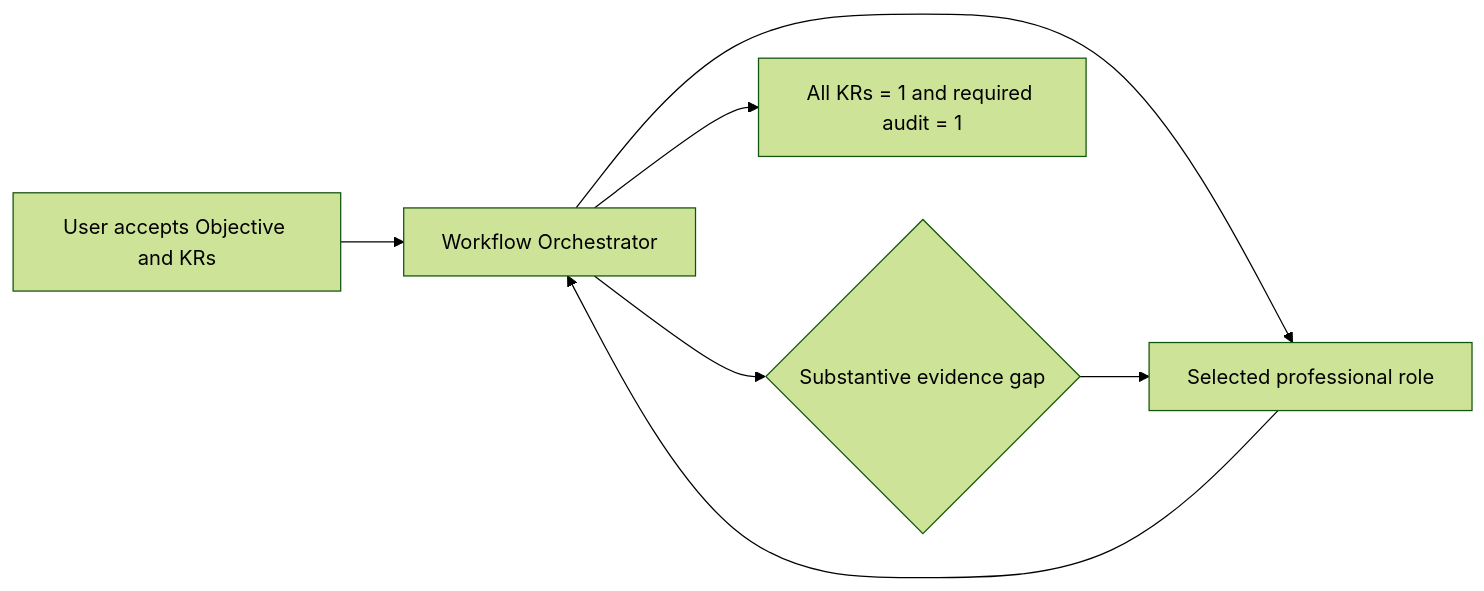
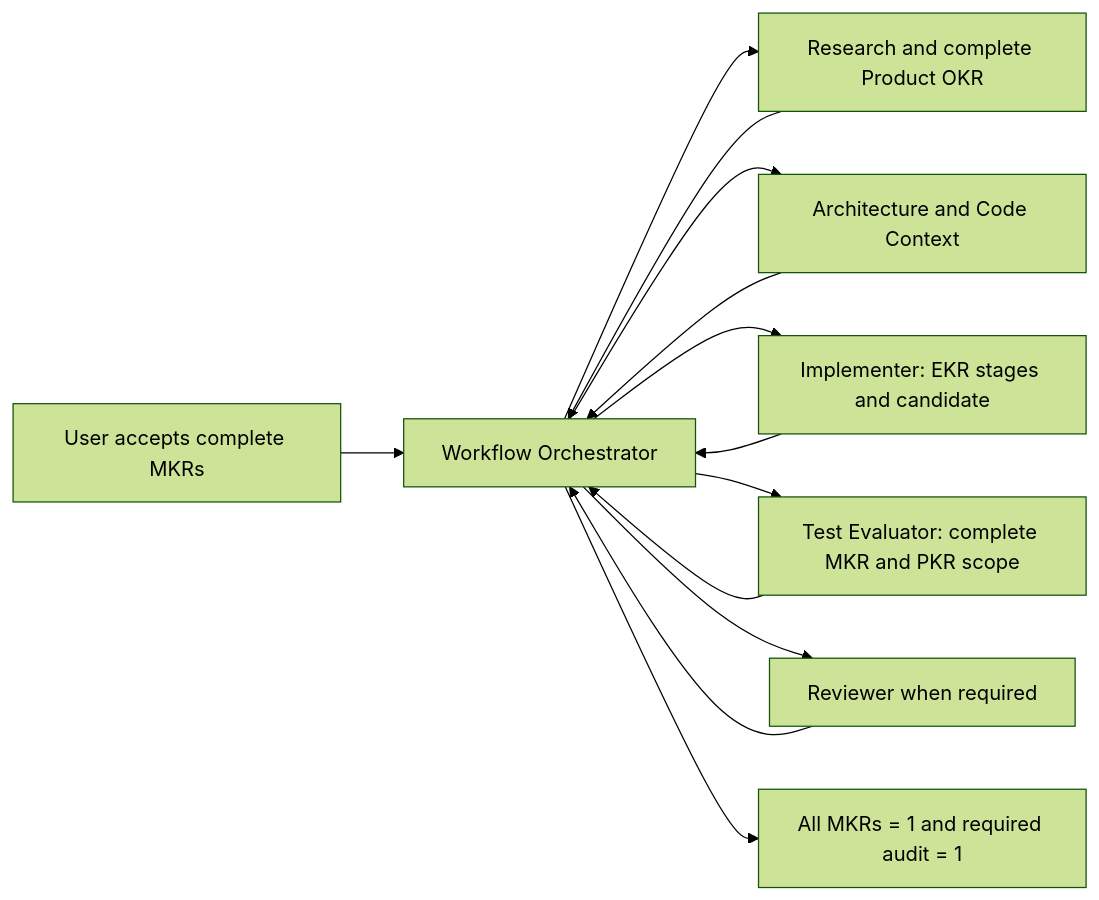
The diagram in docs/workflow/README.md (Deepleaper/Code-role), drawn with Mermaid (forest theme) before and after one commit. The commit also changed other lines of this file and 100 other files, not shown here.

Commit message:
Enforce global OKR delivery stages

````diff
--- a/docs/workflow/README.md
+++ b/docs/workflow/README.md
@@ -41,9 +41,15 @@
 ```mermaid
 flowchart LR
-    U["User accepts Objective and KRs"] --> PM["Workflow Orchestrator"]
-    PM --> R["Selected professional role"]
-    R --> PM
-    PM --> D{"Substantive evidence gap"}
-    D --> R
-    PM --> X["All KRs = 1 and required audit = 1"]
+    U["User accepts complete MKRs"] --> PM["Workflow Orchestrator"]
+    PM --> P["Research and complete Product OKR"]
+    P --> PM
+    PM --> A["Architecture and Code Context"]
+    A --> PM
+    PM --> I["Implementer: EKR stages and candidate"]
+    I --> PM
+    PM --> T["Test Evaluator: complete MKR and PKR scope"]
+    T --> PM
+    PM --> V["Reviewer when required"]
+    V --> PM
+    PM --> X["All MKRs = 1 and required audit = 1"]
 ```
````
